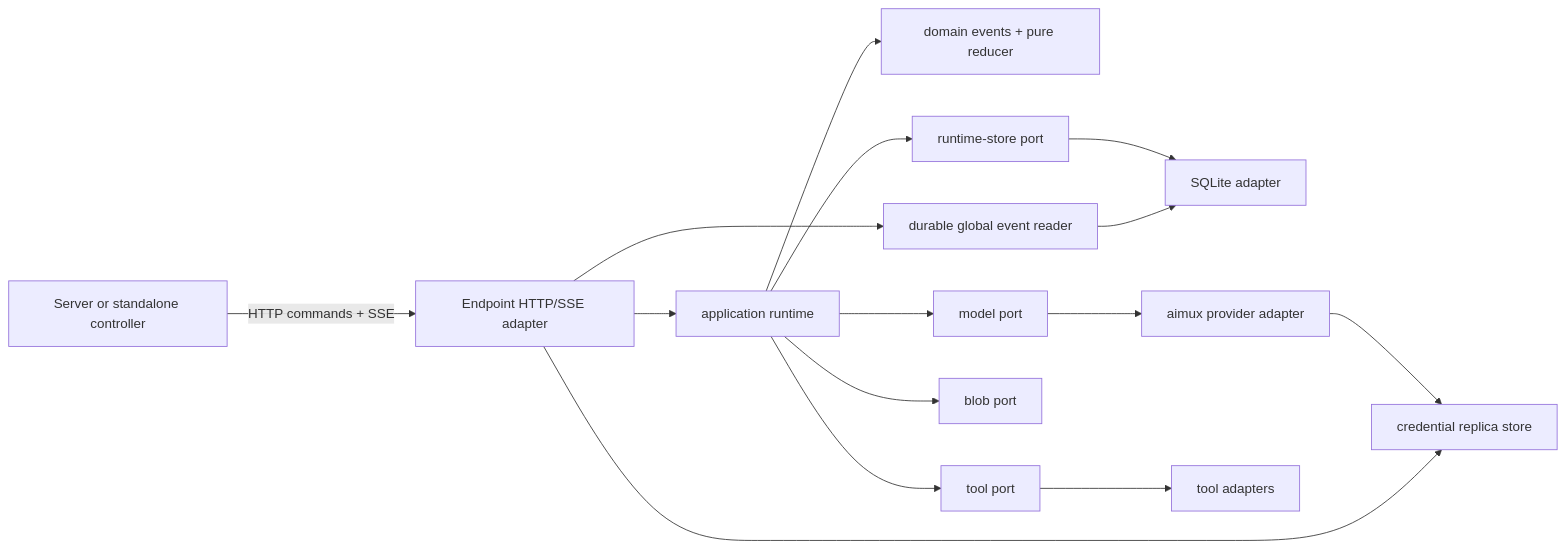
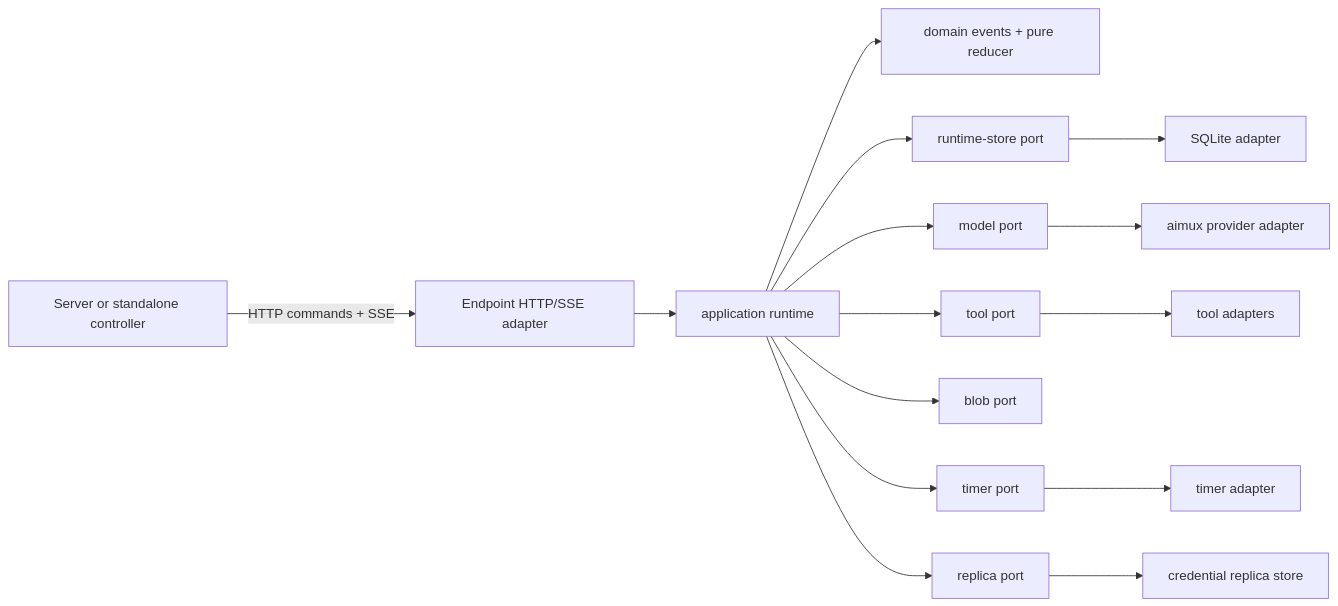
One commit to zzj3720/zode changed the diagram in docs/design.md. Above: the diagram before and after it, drawn with Mermaid. The commit also changed other lines of this file and 38 other files, not shown here.

First line of the commit message:
Endpoint hexagonal module split: TimerPort, single writer, projections (#58)

````diff
--- a/docs/design.md
+++ b/docs/design.md
@@ -71,17 +71,17 @@
 ```mermaid
 flowchart LR
     Controller["Server or standalone controller"] -->|"HTTP commands + SSE"| API["Endpoint HTTP/SSE adapter"]
     API --> Runtime["application runtime"]
     Runtime --> Domain["domain events + pure reducer"]
     Runtime --> StorePort["runtime-store port"]
     Runtime --> ModelPort["model port"]
     Runtime --> ToolPort["tool port"]
     Runtime --> BlobPort["blob port"]
+    Runtime --> TimerPort["timer port"]
+    Runtime --> ReplicaPort["replica port"]
     StorePort --> SQLite["SQLite adapter"]
+    TimerPort --> Timer["timer adapter"]
     ModelPort --> Provider["aimux provider adapter"]
-    Provider --> Replicas["credential replica store"]
-    API --> Replicas
+    ReplicaPort --> Replicas["credential replica store"]
     ToolPort --> Tools["tool adapters"]
-    API --> RuntimeEvents["durable global event reader"]
-    RuntimeEvents --> SQLite
 ```
````
